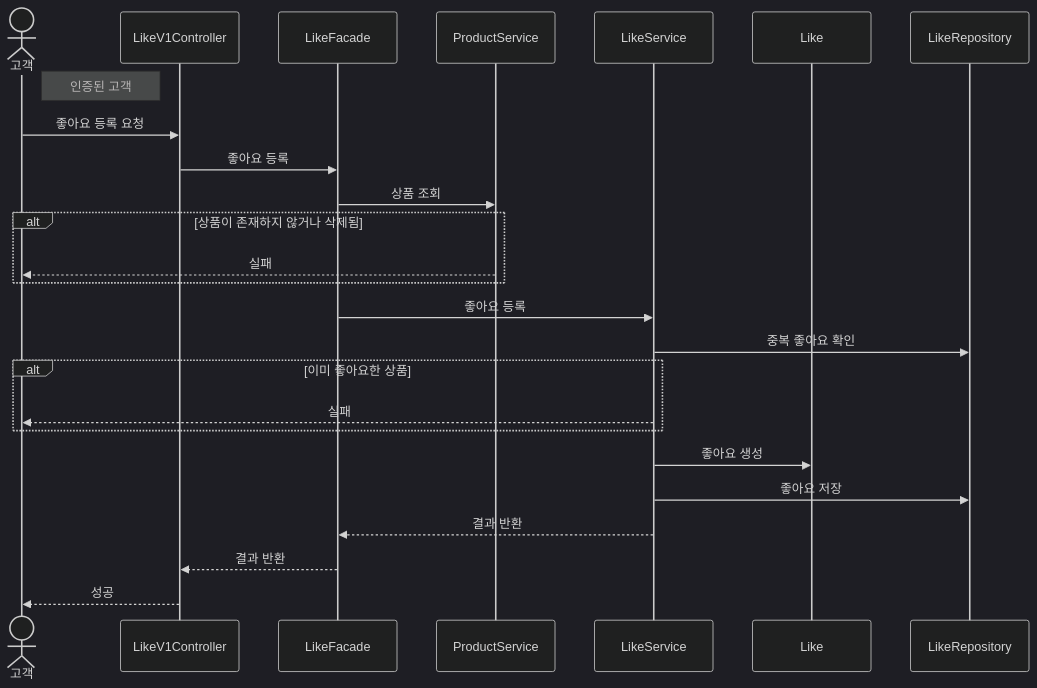
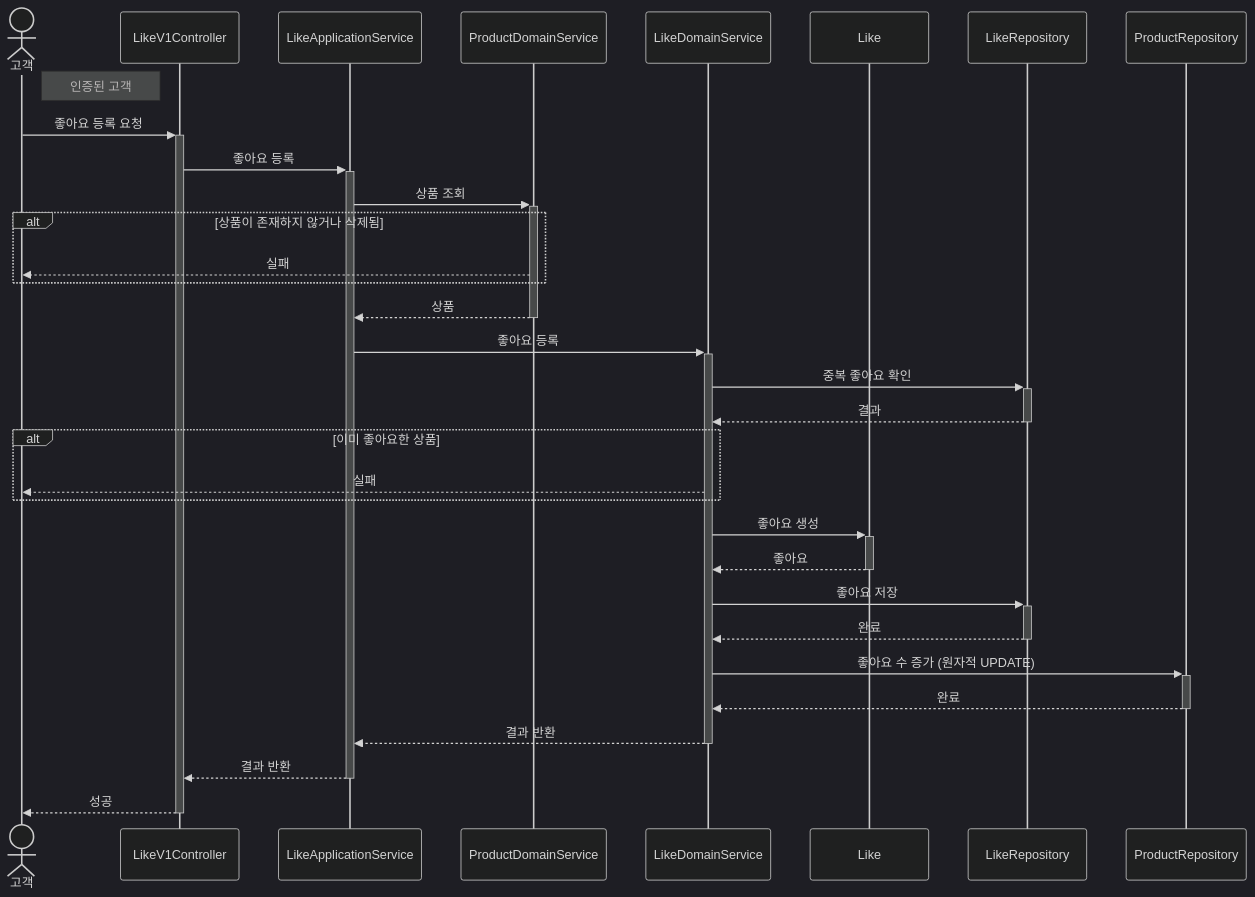
One commit to Loopers-dev-lab/loop-pack-be-l2-vol3-java changed the first of 5 diagrams in .docs/02-sequence-diagrams.md. Above: the diagram before and after it, drawn with Mermaid (dark theme). The commit also changed other lines of this file and 79 other files, not shown here.

````diff
--- a/.docs/02-sequence-diagrams.md
+++ b/.docs/02-sequence-diagrams.md
@@ -14,33 +14,40 @@
 ```mermaid
 sequenceDiagram
     actor 고객
     participant LikeV1Controller
-    participant LikeFacade
-    participant ProductService
-    participant LikeService
+    participant LikeApplicationService
+    participant ProductDomainService
+    participant LikeDomainService
     participant Like
     participant LikeRepository
+    participant ProductRepository
 
     Note right of 고객: 인증된 고객
 
-    고객->>LikeV1Controller: 좋아요 등록 요청
-    LikeV1Controller->>LikeFacade: 좋아요 등록
+    고객->>+LikeV1Controller: 좋아요 등록 요청
+    LikeV1Controller->>+LikeApplicationService: 좋아요 등록
 
-    LikeFacade->>ProductService: 상품 조회
+    LikeApplicationService->>+ProductDomainService: 상품 조회
     alt 상품이 존재하지 않거나 삭제됨
-        ProductService-->>고객: 실패
+        ProductDomainService-->>고객: 실패
+    end
+    ProductDomainService-->>-LikeApplicationService: 상품
+
+    LikeApplicationService->>+LikeDomainService: 좋아요 등록
+    LikeDomainService->>+LikeRepository: 중복 좋아요 확인
+    LikeRepository-->>-LikeDomainService: 결과
+    alt 이미 좋아요한 상품
+        LikeDomainService-->>고객: 실패
     end
 
-    LikeFacade->>LikeService: 좋아요 등록
-    LikeService->>LikeRepository: 중복 좋아요 확인
-    alt 이미 좋아요한 상품
-        LikeService-->>고객: 실패
-    end
+    LikeDomainService->>+Like: 좋아요 생성
+    Like-->>-LikeDomainService: 좋아요
+    LikeDomainService->>+LikeRepository: 좋아요 저장
+    LikeRepository-->>-LikeDomainService: 완료
+    LikeDomainService->>+ProductRepository: 좋아요 수 증가 (원자적 UPDATE)
+    ProductRepository-->>-LikeDomainService: 완료
 
-    LikeService->>Like: 좋아요 생성
-    LikeService->>LikeRepository: 좋아요 저장
-
-    LikeService-->>LikeFacade: 결과 반환
-    LikeFacade-->>LikeV1Controller: 결과 반환
-    LikeV1Controller-->>고객: 성공
+    LikeDomainService-->>-LikeApplicationService: 결과 반환
+    LikeApplicationService-->>-LikeV1Controller: 결과 반환
+    LikeV1Controller-->>-고객: 성공
 ```
````
